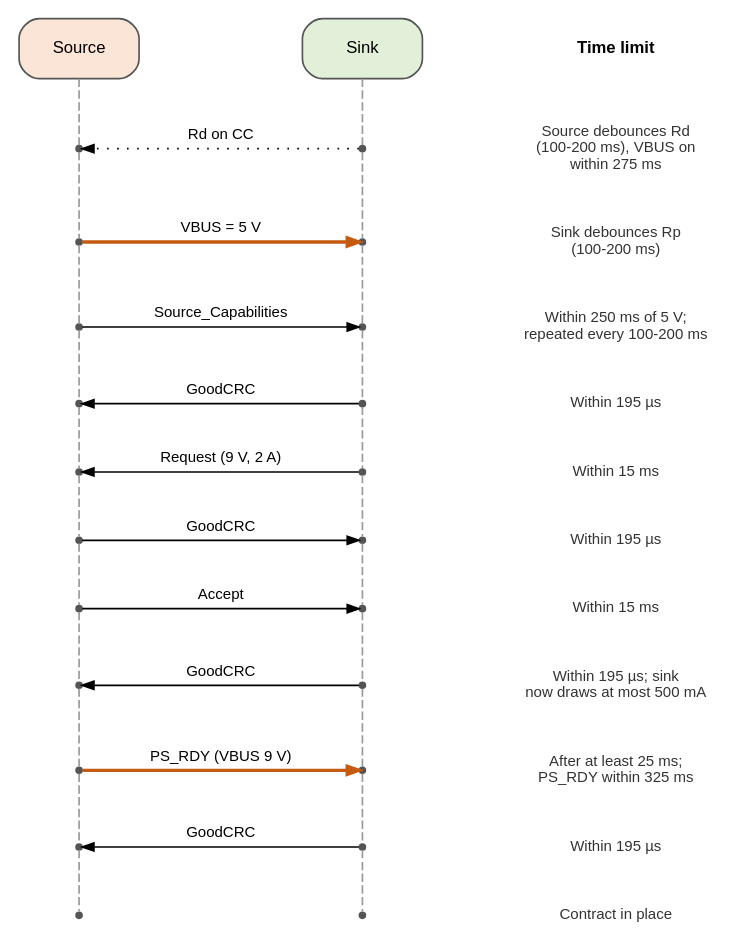
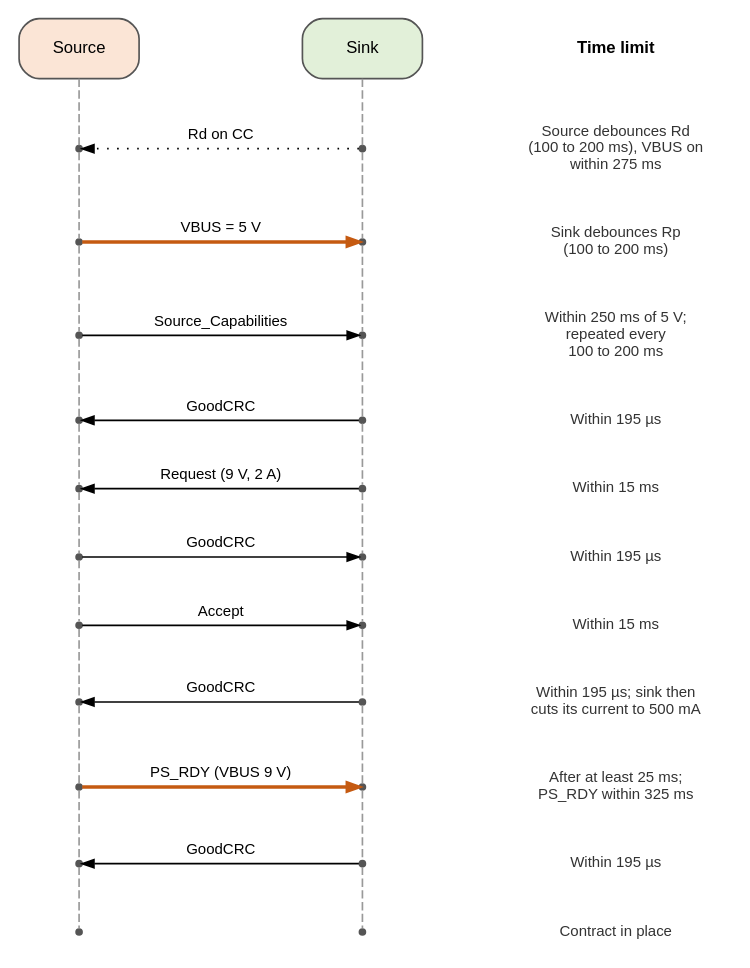
Before and after one commit to mithro/evampire: the diagram in docs/power/usb-pd/negotiation.dot, drawn with Graphviz. The commit also changed 1 other file, not shown here.

```diff
--- a/docs/power/usb-pd/negotiation.dot
+++ b/docs/power/usb-pd/negotiation.dot
@@ -1,64 +1,64 @@
 // Message sequence for a source and sink negotiating a fixed 9 V supply.
 // Either end may be a board built around evampire.
 // Time runs from top to bottom. Not to scale.
 //
 // SPDX-License-Identifier: Apache-2.0
 
 digraph negotiation {
     graph [rankdir=TB, fontname="Helvetica", fontsize=11, nodesep=1.1,
            ranksep=0.3, newrank=true, splines=false];
     node  [shape=point, width=0.05, color="#555555", fontname="Helvetica",
            fontsize=10];
     edge  [fontname="Helvetica", fontsize=9, arrowsize=0.7];
 
     src [shape=box, style="rounded,filled", fillcolor="#fbe5d6", label="Source", width=1.0];
     snk [shape=box, style="rounded,filled", fillcolor="#e2f0d9", label="Sink", width=1.0];
     note_h [shape=plaintext, label="Time limit", fontsize=10, fontname="Helvetica-Bold"];
 
     s1; s2; s3; s4; s5; s6; s7; s8; s9; s10; s11;
     k1; k2; k3; k4; k5; k6; k7; k8; k9; k10; k11;
 
     node [shape=plaintext, width=0, height=0, fontsize=9, fontcolor="#333333"];
-    n1  [label="Source debounces Rd\n(100-200 ms), VBUS on\nwithin 275 ms"];
-    n2  [label="Sink debounces Rp\n(100-200 ms)"];
-    n3  [label="Within 250 ms of 5 V;\nrepeated every 100-200 ms"];
+    n1  [label="Source debounces Rd\n(100 to 200 ms), VBUS on\nwithin 275 ms"];
+    n2  [label="Sink debounces Rp\n(100 to 200 ms)"];
+    n3  [label="Within 250 ms of 5 V;\nrepeated every\n100 to 200 ms"];
     n4  [label="Within 195 µs"];
     n5  [label="Within 15 ms"];
     n6  [label="Within 195 µs"];
     n7  [label="Within 15 ms"];
-    n8  [label="Within 195 µs; sink\nnow draws at most 500 mA"];
+    n8  [label="Within 195 µs; sink then\ncuts its current to 500 mA"];
     n9  [label="After at least 25 ms;\nPS_RDY within 325 ms"];
     n10 [label="Within 195 µs"];
     n11 [label="Contract in place"];
 
     { rank=same; src; snk; note_h; }
     { rank=same; s1; k1; n1; }
     { rank=same; s2; k2; n2; }
     { rank=same; s3; k3; n3; }
     { rank=same; s4; k4; n4; }
     { rank=same; s5; k5; n5; }
     { rank=same; s6; k6; n6; }
     { rank=same; s7; k7; n7; }
     { rank=same; s8; k8; n8; }
     { rank=same; s9; k9; n9; }
     { rank=same; s10; k10; n10; }
     { rank=same; s11; k11; n11; }
 
     edge [arrowhead=none, style=dashed, color="#999999", weight=100];
     src -> s1 -> s2 -> s3 -> s4 -> s5 -> s6 -> s7 -> s8 -> s9 -> s10 -> s11;
     snk -> k1 -> k2 -> k3 -> k4 -> k5 -> k6 -> k7 -> k8 -> k9 -> k10 -> k11;
     note_h -> n1 -> n2 -> n3 -> n4 -> n5 -> n6 -> n7 -> n8 -> n9 -> n10 -> n11 [style=invis];
 
     edge [arrowhead=normal, style=solid, color="#000000", weight=0];
     k1 -> s1  [label="Rd on CC", style=dotted];
     s2 -> k2  [label="VBUS = 5 V", penwidth=2, color="#c55a11"];
     s3 -> k3  [label="Source_Capabilities"];
     k4 -> s4  [label="GoodCRC"];
     k5 -> s5  [label="Request (9 V, 2 A)"];
     s6 -> k6  [label="GoodCRC"];
     s7 -> k7  [label="Accept"];
     k8 -> s8  [label="GoodCRC"];
     s9 -> k9  [label="PS_RDY (VBUS 9 V)", penwidth=2, color="#c55a11"];
     k10 -> s10 [label="GoodCRC"];
     s11 -> k11 [style=invis];
 }
```
